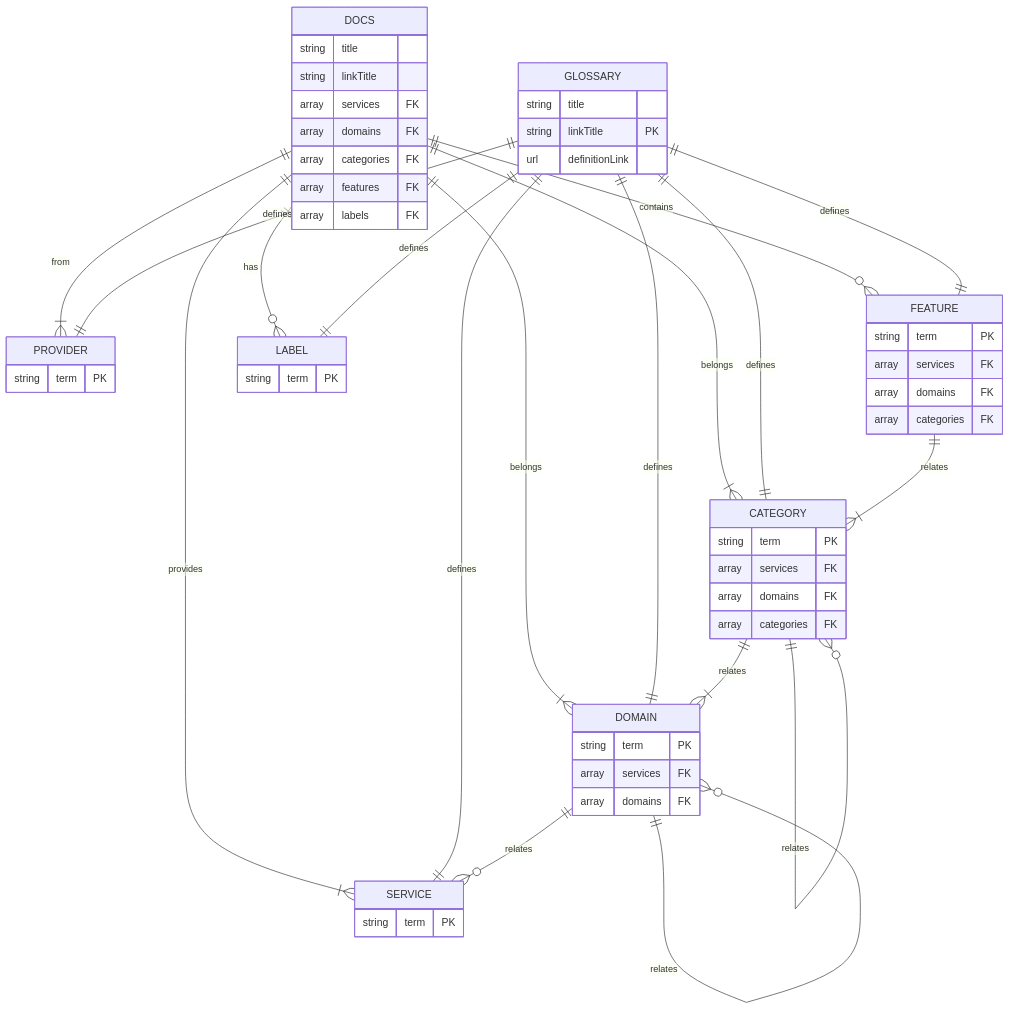
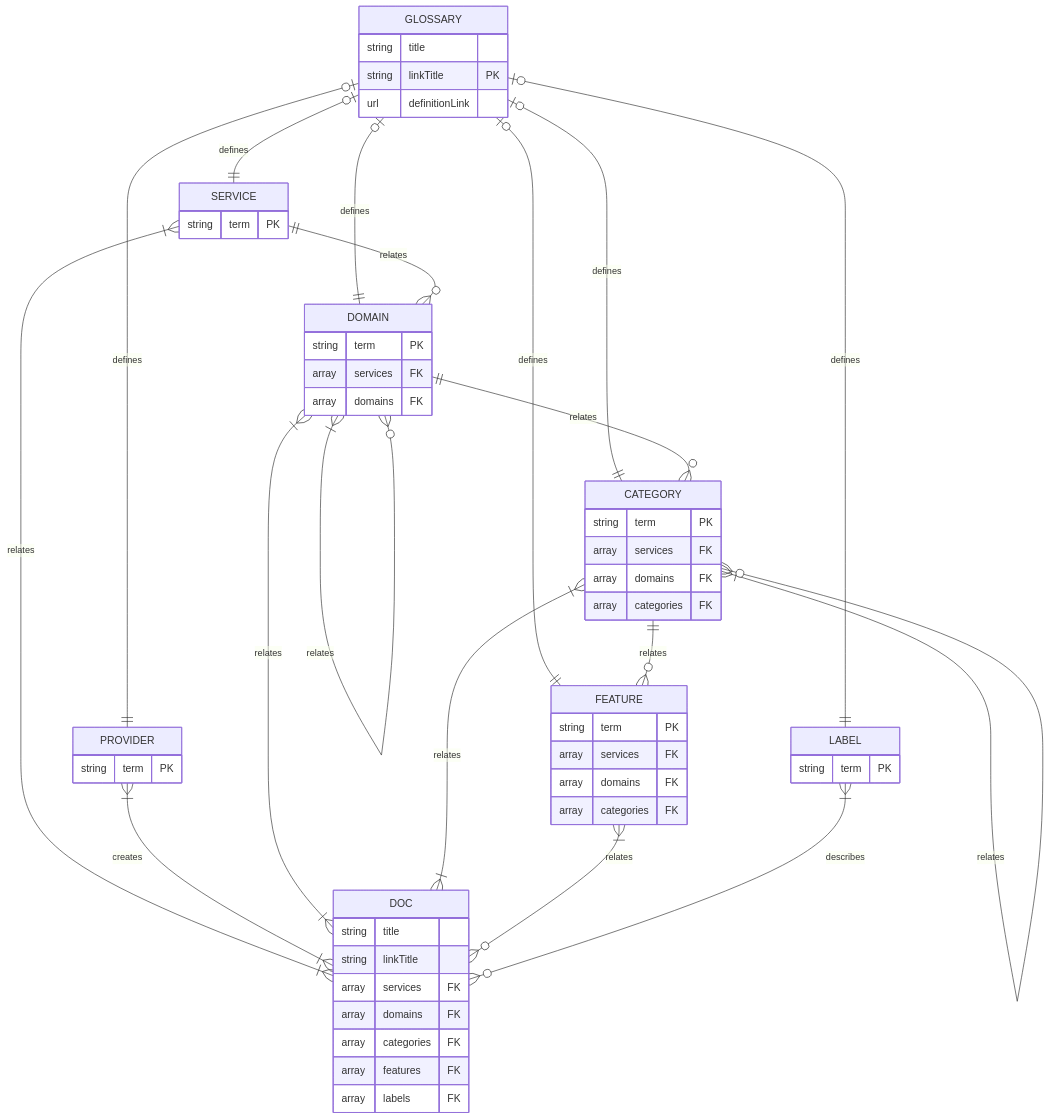
Before and after one commit to lexical-cloud/lexical-cloud-docs: the third of 4 diagrams in en/pages/data-model.md, drawn with Mermaid. The commit also changed other lines of this file, not shown here.

````diff
--- a/en/pages/data-model.md
+++ b/en/pages/data-model.md
@@ -38,60 +50,60 @@
 ```mermaid
 erDiagram
-    DOCS ||--|{ SERVICE : provides
-    DOCS ||--|{ PROVIDER : from 
-    DOCS ||--|{ DOMAIN : belongs
-    DOCS ||--|{ CATEGORY : belongs
-    DOCS ||--o{ FEATURE : contains
-    DOCS ||--o{ LABEL : has
-    DOCS {
+    GLOSSARY |o--|| PROVIDER : defines
+    GLOSSARY |o--|| SERVICE : defines
+    GLOSSARY |o--|| DOMAIN : defines
+    GLOSSARY |o--|| CATEGORY : defines
+    GLOSSARY |o--|| FEATURE : defines
+    GLOSSARY |o--|| LABEL : defines
+    GLOSSARY {
+        string title
+        string linkTitle PK
+        url definitionLink
+    }
+    SERVICE }|--|{ DOC : relates
+    SERVICE ||--o{ DOMAIN : relates
+    SERVICE {
+        string term PK
+    }
+    PROVIDER }|--|{ DOC : creates
+    PROVIDER {
+        string term PK
+    }
+    DOMAIN }|--|{ DOC : relates
+    DOMAIN ||--o{ CATEGORY : relates
+    DOMAIN }|--o{ DOMAIN : relates
+    DOMAIN {
+        string term PK
+        array services FK
+        array domains FK
+    }
+    CATEGORY }|--|{ DOC : relates 
+    CATEGORY ||--o{ FEATURE : relates
+    CATEGORY }|--o{ CATEGORY: relates
+    CATEGORY {
+        string term PK
+        array services FK
+        array domains FK
+        array categories FK
+    }
+    FEATURE }|--o{ DOC : relates 
+    FEATURE {
+        string term PK
+        array services FK
+        array domains FK
+        array categories FK
+    }
+    LABEL }|--o{ DOC : describes
+    LABEL {
+        string term PK
+    }
+    DOC {
         string title
         string linkTitle
         array services FK
         array domains FK
         array categories FK
         array features FK
         array labels FK
     }
-    GLOSSARY ||--|| PROVIDER : defines
-    GLOSSARY ||--|| SERVICE : defines
-    GLOSSARY ||--|| DOMAIN : defines
-    GLOSSARY ||--|| CATEGORY: defines
-    GLOSSARY ||--|| FEATURE : defines
-    GLOSSARY ||--|| LABEL : defines
-    GLOSSARY {
-        string title
-        string linkTitle PK
-        url definitionLink
-    }
-    SERVICE {
-        string term PK
-    }
-    PROVIDER {
-        string term PK
-    }
-    DOMAIN ||--o{ SERVICE : relates
-    DOMAIN ||--o{ DOMAIN : relates
-    DOMAIN {
-        string term PK
-        array services FK
-        array domains FK
-    }
-    CATEGORY ||--|{ DOMAIN : relates
-    CATEGORY ||--o{ CATEGORY: relates
-    CATEGORY {
-        string term PK
-        array services FK
-        array domains FK
-        array categories FK
-    }
-    FEATURE ||--|{ CATEGORY : relates
-    FEATURE {
-        string term PK
-        array services FK
-        array domains FK
-        array categories FK
-    }
-    LABEL {
-        string term PK
-    }
 ```
````
